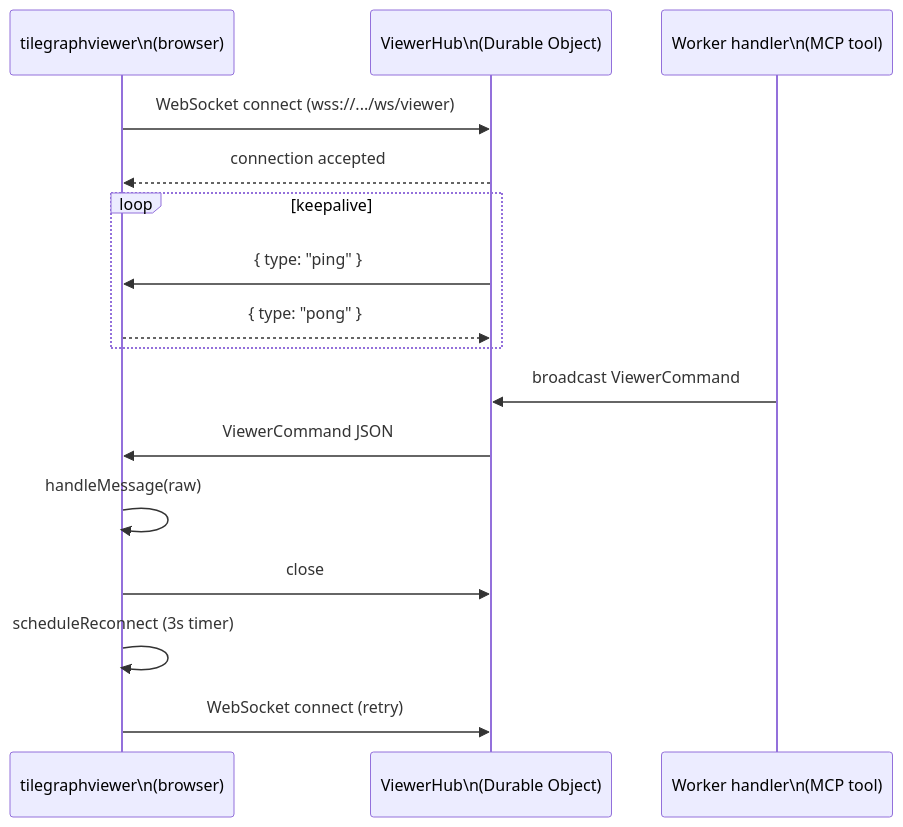
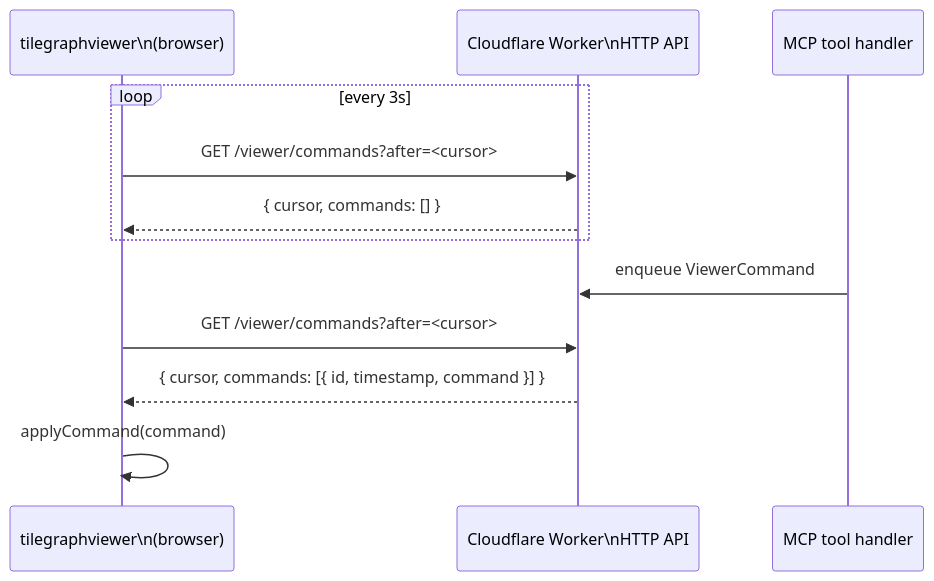
Before and after one commit to TileGraphAgent/TileGraphAgent: the eighth of 11 diagrams in apps/tilegraphviewer/cesiumjs_viewer_architecture.md, drawn with Mermaid. The commit also changed other lines of this file and 8 other files, not shown here.

Commit message:
change from websocket to http api

````diff
--- a/apps/tilegraphviewer/cesiumjs_viewer_architecture.md
+++ b/apps/tilegraphviewer/cesiumjs_viewer_architecture.md
@@ -650,22 +677,16 @@
 ```mermaid
 sequenceDiagram
     participant Viewer as tilegraphviewer\n(browser)
-    participant DO as ViewerHub\n(Durable Object)
-    participant Worker as Worker handler\n(MCP tool)
+    participant Worker as Cloudflare Worker\nHTTP API
+    participant Tool as MCP tool handler
 
-    Viewer->>DO: WebSocket connect (wss://.../ws/viewer)
-    DO-->>Viewer: connection accepted
-
-    loop keepalive
-        DO->>Viewer: { type: "ping" }
-        Viewer-->>DO: { type: "pong" }
+    loop every 3s
+        Viewer->>Worker: GET /viewer/commands?after=<cursor>
+        Worker-->>Viewer: { cursor, commands: [] }
     end
 
-    Worker->>DO: broadcast ViewerCommand
-    DO->>Viewer: ViewerCommand JSON
-    Viewer->>Viewer: handleMessage(raw)
-
-    Viewer->>DO: close
-    Viewer->>Viewer: scheduleReconnect (3s timer)
-    Viewer->>DO: WebSocket connect (retry)
+    Tool->>Worker: enqueue ViewerCommand
+    Viewer->>Worker: GET /viewer/commands?after=<cursor>
+    Worker-->>Viewer: { cursor, commands: [{ id, timestamp, command }] }
+    Viewer->>Viewer: applyCommand(command)
 ```
````
